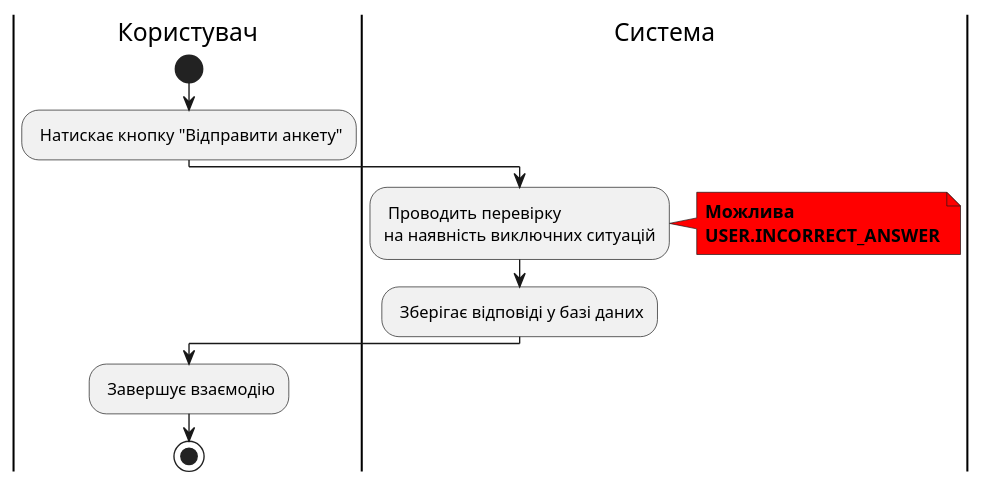
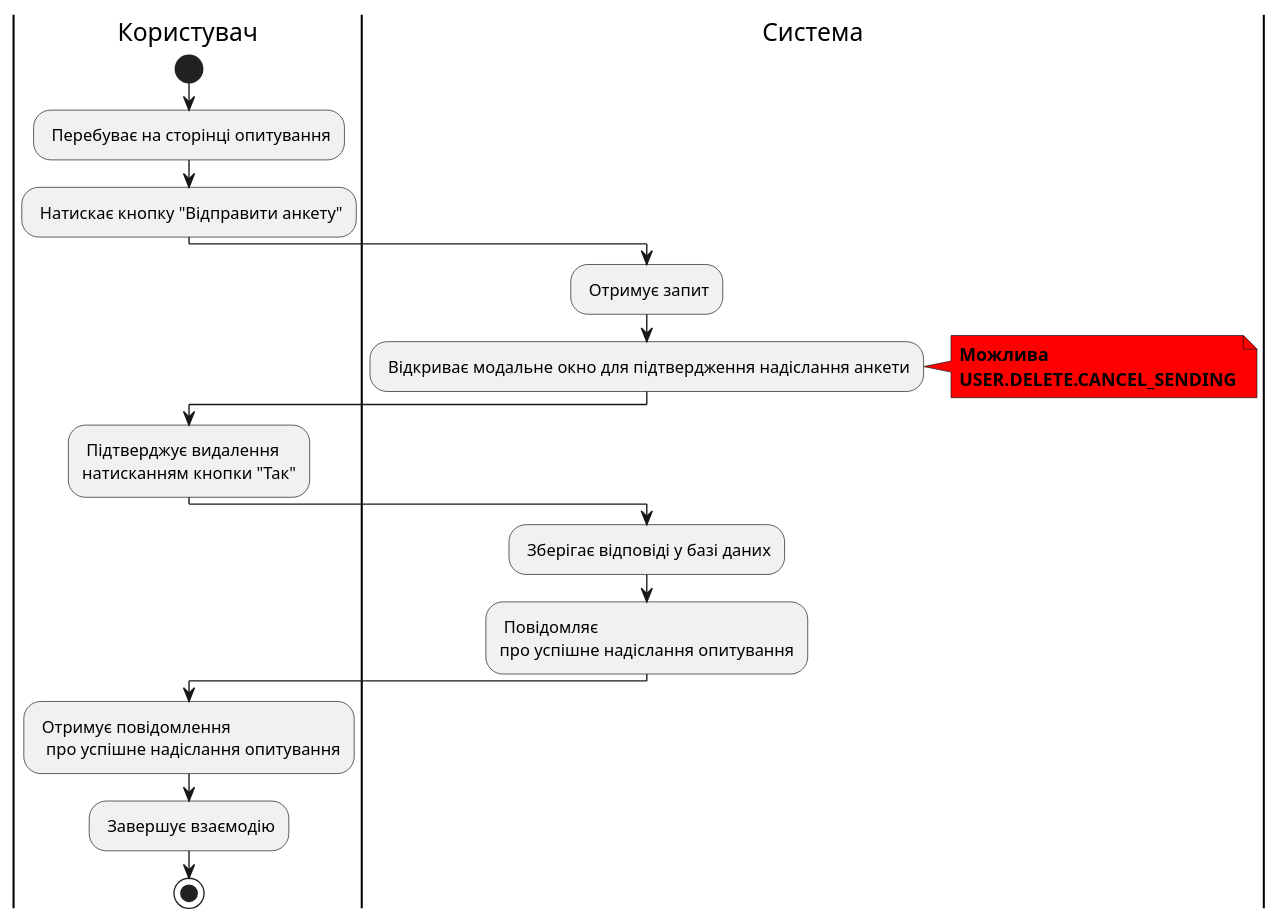
Diagram 11 of 22 in docs/use cases/README.md (michigang1/ImForms), drawn with PlantUML before and after one commit. The commit also changed other lines of this file, not shown here.

Commit message:
Added some changes in diagrams of scenarios

```diff
--- a/docs/use cases/README.md
+++ b/docs/use cases/README.md
@@ -403,20 +477,30 @@
 @startuml
 
 |Користувач|
 start
+: Перебуває на сторінці опитування;
 : Натискає кнопку "Відправити анкету";
 
 |Система|
-: Проводить перевірку
-на наявність виключних ситуацій;
+: Отримує запит;
+: Відкриває модальне окно для підтвердження надіслання анкети;
 note right #ff0000
 <b>Можлива</b>
-<b>USER.INCORRECT_ANSWER</b>
+<b>USER.DELETE.CANCEL_SENDING</b>
 end note
 
-        : Зберігає відповіді у базі даних;
+|Користувач|
+: Підтверджує видалення
+натисканням кнопки "Так";
+
+|Система|
+: Зберігає відповіді у базі даних;
+: Повідомляє
+про успішне надіслання опитування;
 
 |Користувач|
+: Отримує повідомлення
+  про успішне надіслання опитування;
 : Завершує взаємодію;
 stop;
 @enduml
```
